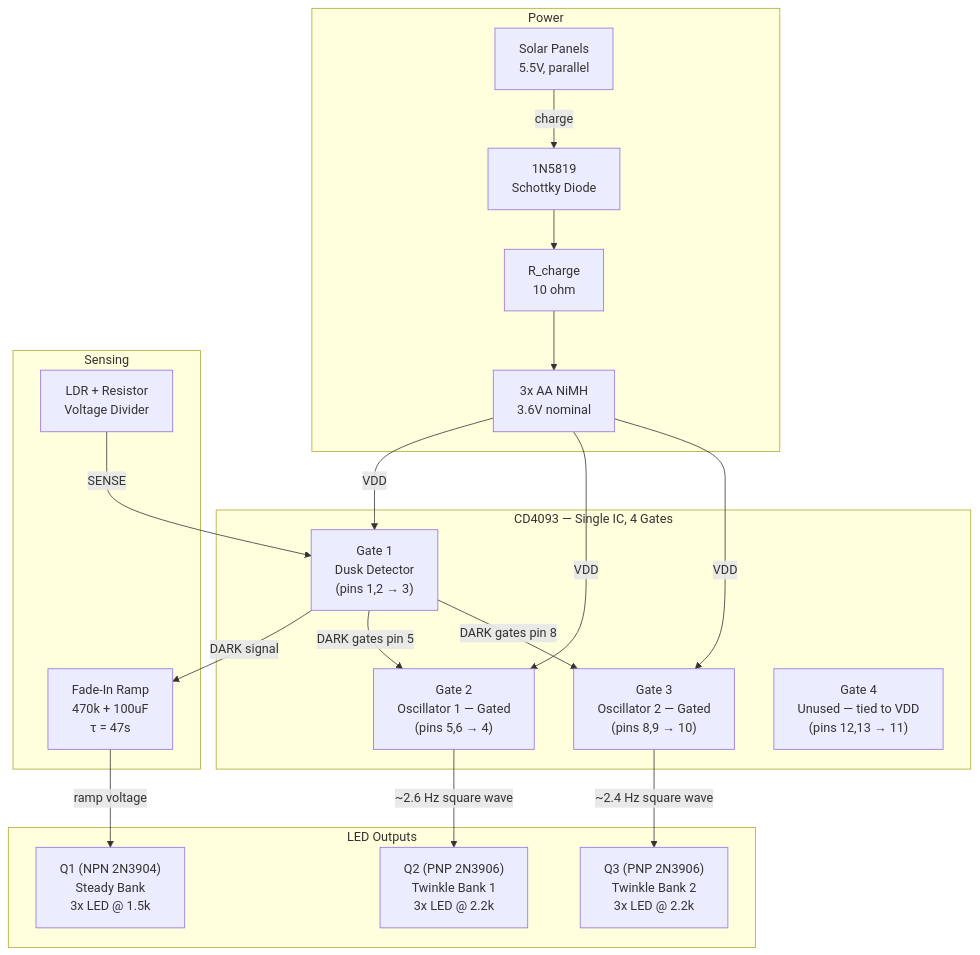
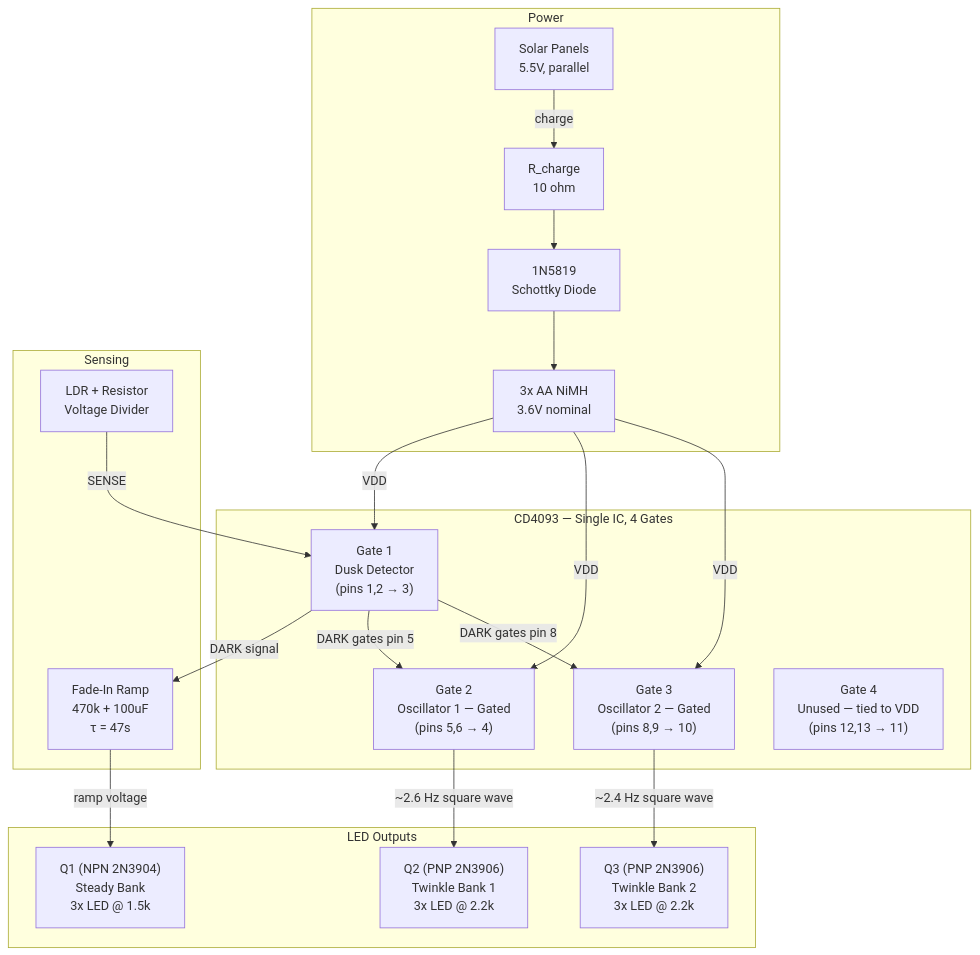
One commit to dirq/DiamondMineShimmerCircuit changed the first of 2 diagrams in README.md. Above: the diagram before and after it, drawn with Mermaid. The commit also changed other lines of this file and 9 other files, not shown here.

````diff
--- a/README.md
+++ b/README.md
@@ -24,39 +25,39 @@
 ```mermaid
 graph TD
     subgraph Power
         SOLAR["Solar Panels<br/>5.5V, parallel"]
+        RC["R_charge<br/>10 ohm"]
         D1["1N5819<br/>Schottky Diode"]
-        RC["R_charge<br/>10 ohm"]
         BAT["3x AA NiMH<br/>3.6V nominal"]
-        SOLAR -->|"charge"| D1 --> RC --> BAT
+        SOLAR -->|"charge"| RC --> D1 --> BAT
     end
 
     subgraph "CD4093 — Single IC, 4 Gates"
         G1["Gate 1<br/>Dusk Detector<br/>(pins 1,2 → 3)"]
         G2["Gate 2<br/>Oscillator 1 — Gated<br/>(pins 5,6 → 4)"]
         G3["Gate 3<br/>Oscillator 2 — Gated<br/>(pins 8,9 → 10)"]
         G4["Gate 4<br/>Unused — tied to VDD<br/>(pins 12,13 → 11)"]
     end
 
     subgraph Sensing
         LDR["LDR + Resistor<br/>Voltage Divider"]
         FADE["Fade-In Ramp<br/>470k + 100uF<br/>τ = 47s"]
     end
 
     subgraph "LED Outputs"
         Q1["Q1 (NPN 2N3904)<br/>Steady Bank<br/>3x LED @ 1.5k"]
         Q2["Q2 (PNP 2N3906)<br/>Twinkle Bank 1<br/>3x LED @ 2.2k"]
         Q3["Q3 (PNP 2N3906)<br/>Twinkle Bank 2<br/>3x LED @ 2.2k"]
     end
 
     BAT -->|"VDD"| G1
     BAT -->|"VDD"| G2
     BAT -->|"VDD"| G3
     LDR -->|"SENSE"| G1
     G1 -->|"DARK signal"| FADE
     G1 -->|"DARK gates pin 5"| G2
     G1 -->|"DARK gates pin 8"| G3
     FADE -->|"ramp voltage"| Q1
     G2 -->|"~2.6 Hz square wave"| Q2
     G3 -->|"~2.4 Hz square wave"| Q3
 ```
````
